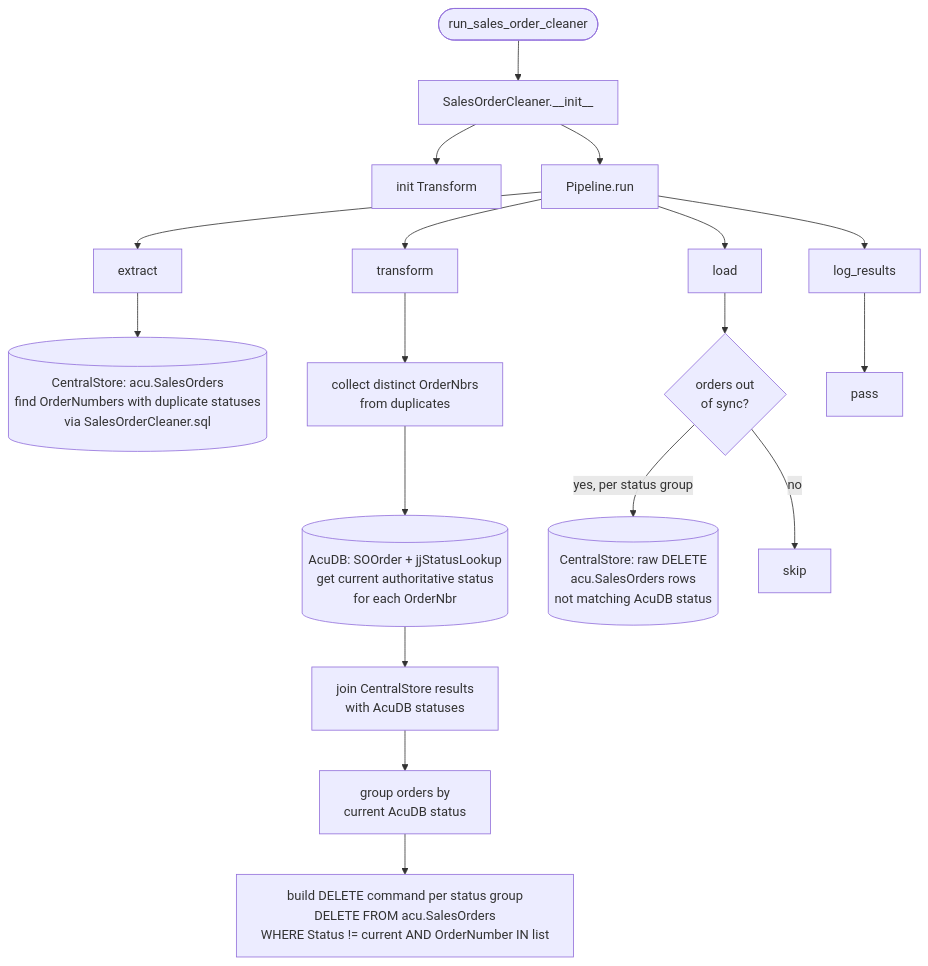
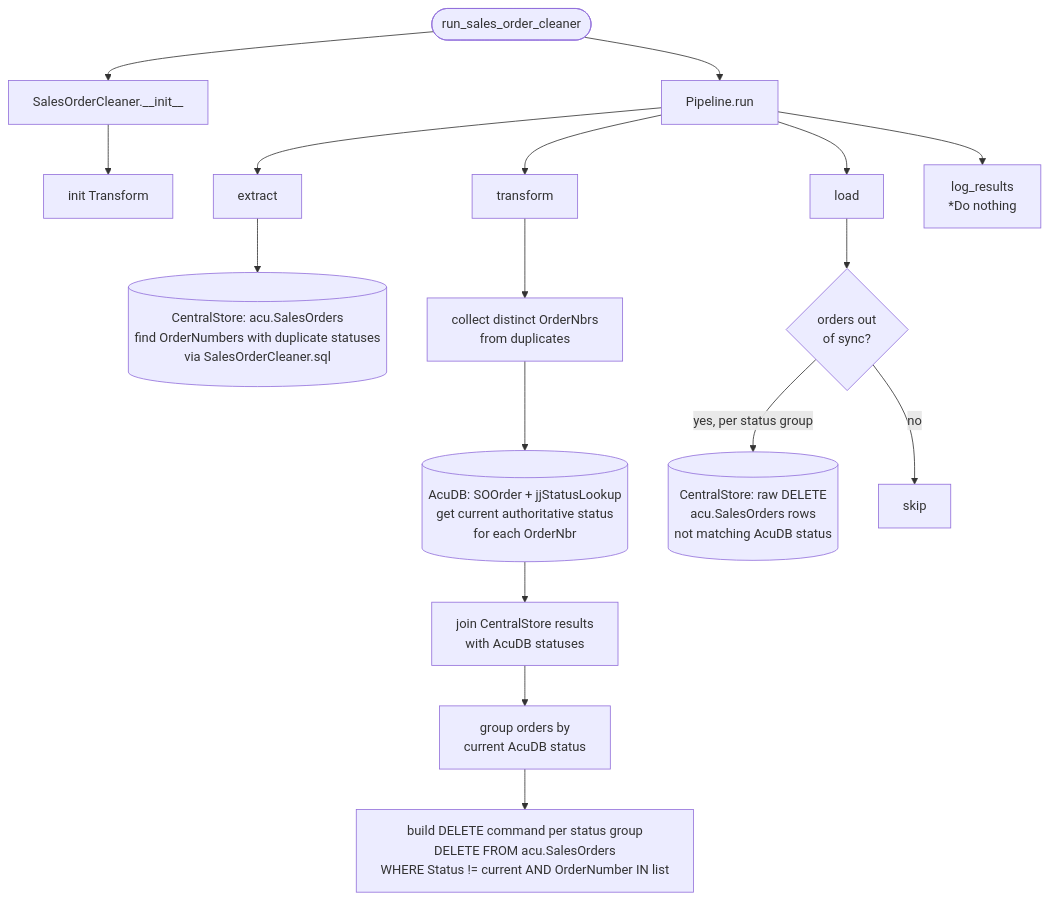
One commit to journeyhl/logistics-integration-platform changed the diagram in docs/pipelines/sales_order_cleaner.md. Above: the diagram before and after it, drawn with Mermaid. The commit also changed 20 other files, not shown here.

````diff
--- a/docs/pipelines/sales_order_cleaner.md
+++ b/docs/pipelines/sales_order_cleaner.md
@@ -1,25 +1,24 @@
 ```mermaid
 %%{init: {"flowchart": {"wrappingWidth": 400}}}%%
 flowchart TD
     A([run_sales_order_cleaner]) --> B[SalesOrderCleaner.__init__]
     B --> B1[init Transform]
-    B --> RUN[Pipeline.run]
+    A --> RUN[Pipeline.run]
 
     RUN --> EX[extract]
     EX --> D1[(CentralStore: acu.SalesOrders<br/>find OrderNumbers with duplicate statuses<br/>via SalesOrderCleaner.sql)]
 
     RUN --> TR[transform]
     TR --> T1[collect distinct OrderNbrs<br/>from duplicates]
     T1 --> D2[(AcuDB: SOOrder + jjStatusLookup<br/>get current authoritative status<br/>for each OrderNbr)]
     D2 --> T2[join CentralStore results<br/>with AcuDB statuses]
     T2 --> T3[group orders by<br/>current AcuDB status]
     T3 --> T4[build DELETE command per status group<br/>DELETE FROM acu.SalesOrders<br/>WHERE Status != current AND OrderNumber IN list]
 
     RUN --> LD[load]
     LD --> LD1{orders out<br/>of sync?}
     LD1 -->|yes, per status group| LD2[(CentralStore: raw DELETE<br/>acu.SalesOrders rows<br/>not matching AcuDB status)]
     LD1 -->|no| SKIP[skip]
 
-    RUN --> LR[log_results]
-    LR --> LO[pass]
+    RUN --> LR[log_results<br/>*Do nothing]
 ```
````
